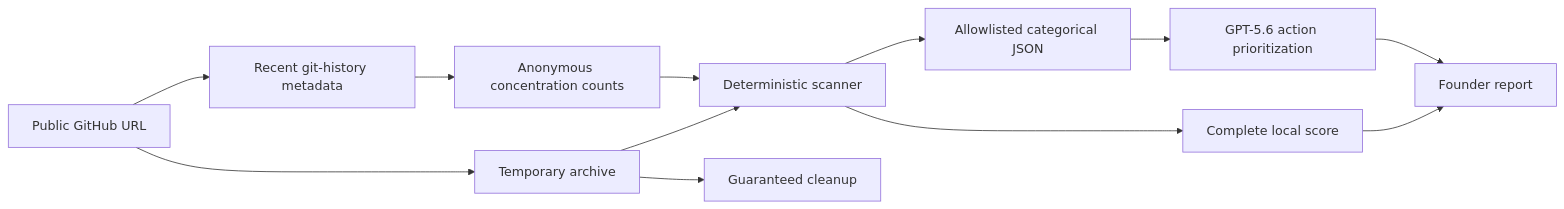
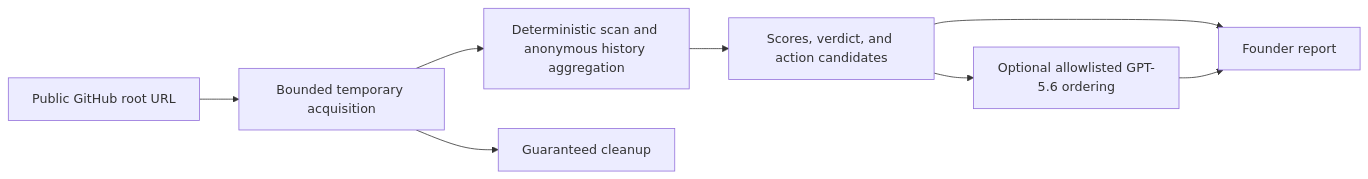
One commit to jozefant/scaleproof changed the diagram in README.md. Above: the diagram before and after it, drawn with Mermaid. The commit also changed other lines of this file and 8 other files, not shown here.

````diff
--- a/README.md
+++ b/README.md
@@ -83,14 +73,10 @@
 ```mermaid
 flowchart LR
-    A[Public GitHub URL] --> B[Temporary archive]
-    A --> I[Recent git-history metadata]
-    B --> C[Deterministic scanner]
-    I --> J[Anonymous concentration counts]
-    J --> C
-    C --> D[Complete local score]
-    C --> E[Allowlisted categorical JSON]
-    E --> F[GPT-5.6 action prioritization]
-    D --> G[Founder report]
-    F --> G
-    B --> H[Guaranteed cleanup]
+    A[Public GitHub root URL] --> B[Bounded temporary acquisition]
+    B --> C[Deterministic scan and anonymous history aggregation]
+    C --> D[Scores, verdict, and action candidates]
+    D --> E[Optional allowlisted GPT-5.6 ordering]
+    D --> F[Founder report]
+    E --> F
+    B --> G[Guaranteed cleanup]
 ```
````
